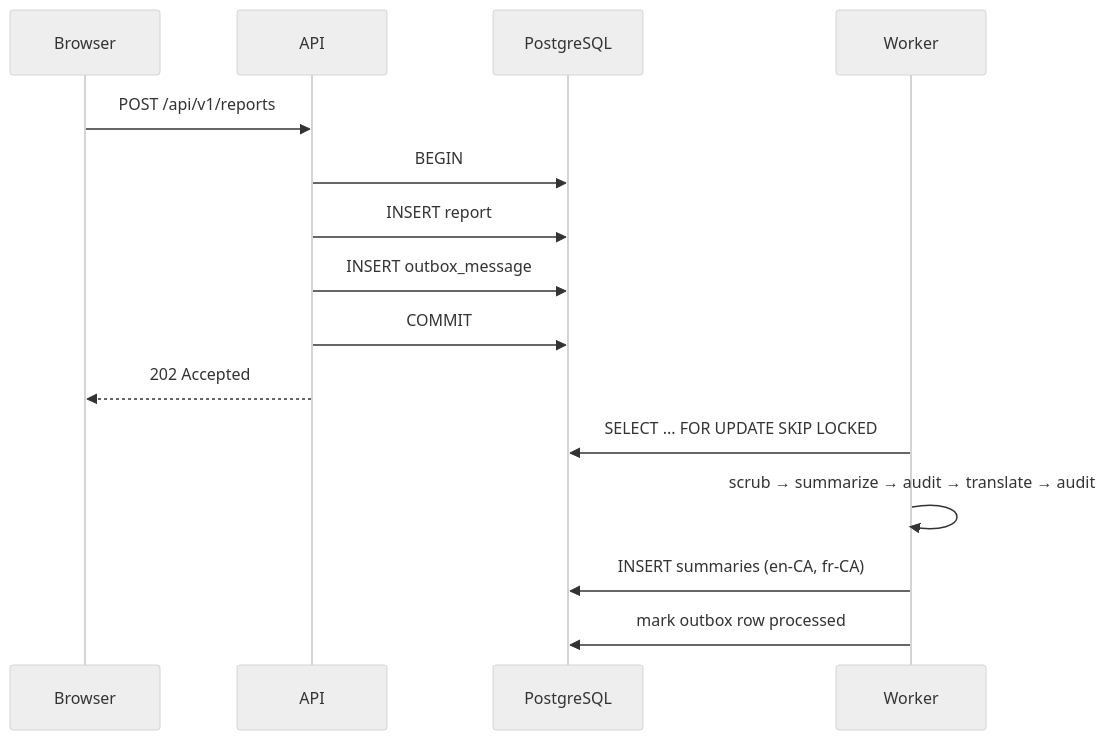
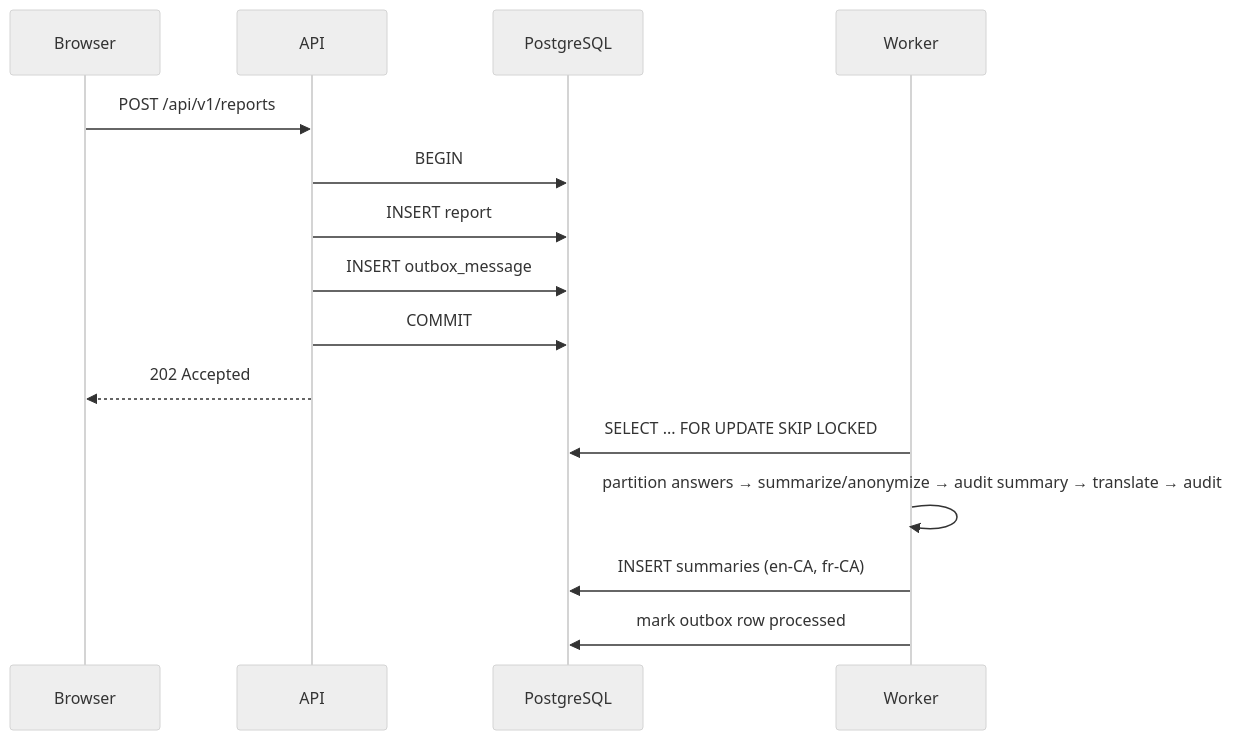
One commit to HPAC-Safety/safety-report changed the second of 2 diagrams in docs/architecture.md. Above: the diagram before and after it, drawn with Mermaid (neutral theme). The commit also changed other lines of this file and 117 other files, not shown here.

````diff
--- a/docs/architecture.md
+++ b/docs/architecture.md
@@ -47,18 +47,18 @@
 ```mermaid
 sequenceDiagram
     participant B as Browser
     participant A as API
     participant D as PostgreSQL
     participant W as Worker
 
     B->>A: POST /api/v1/reports
     A->>D: BEGIN
     A->>D: INSERT report
     A->>D: INSERT outbox_message
     A->>D: COMMIT
     A-->>B: 202 Accepted
     W->>D: SELECT ... FOR UPDATE SKIP LOCKED
-    W->>W: scrub → summarize → audit → translate → audit
+    W->>W: partition answers → summarize/anonymize → audit summary → translate → audit
     W->>D: INSERT summaries (en-CA, fr-CA)
     W->>D: mark outbox row processed
 ```
````
